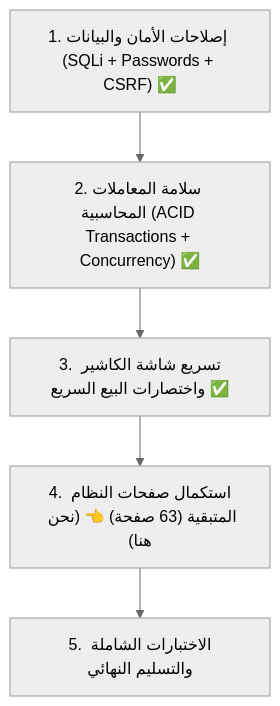
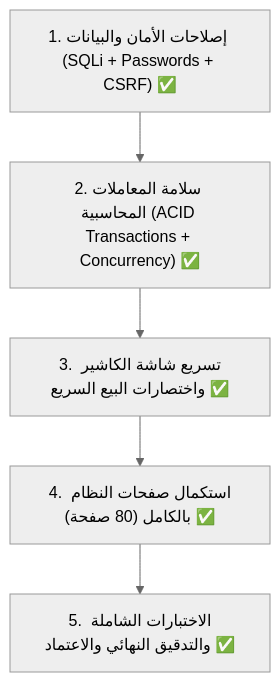
Before and after one commit to profwema/POS: the diagram in START_HERE_UPDATE.md, drawn with Mermaid (neutral theme). The commit also changed other lines of this file and 13 other files, not shown here.

````diff
--- a/START_HERE_UPDATE.md
+++ b/START_HERE_UPDATE.md
@@ -60,7 +50,7 @@
 ```mermaid
 graph TD
     M1["1. إصلاحات الأمان والبيانات (SQLi + Passwords + CSRF) ✅"] --> M2["2. سلامة المعاملات المحاسبية (ACID Transactions + Concurrency) ✅"]
     M2 --> M3["3. تسريع شاشة الكاشير واختصارات البيع السريع ✅"]
-    M3 --> M4["4. استكمال صفحات النظام المتبقية (63 صفحة) 👈 (نحن هنا)"]
-    M4 --> M5["5. الاختبارات الشاملة والتسليم النهائي"]
+    M3 --> M4["4. استكمال صفحات النظام بالكامل (80 صفحة) ✅"]
+    M4 --> M5["5. الاختبارات الشاملة والتدقيق النهائي والاعتماد ✅"]
 ```
````
